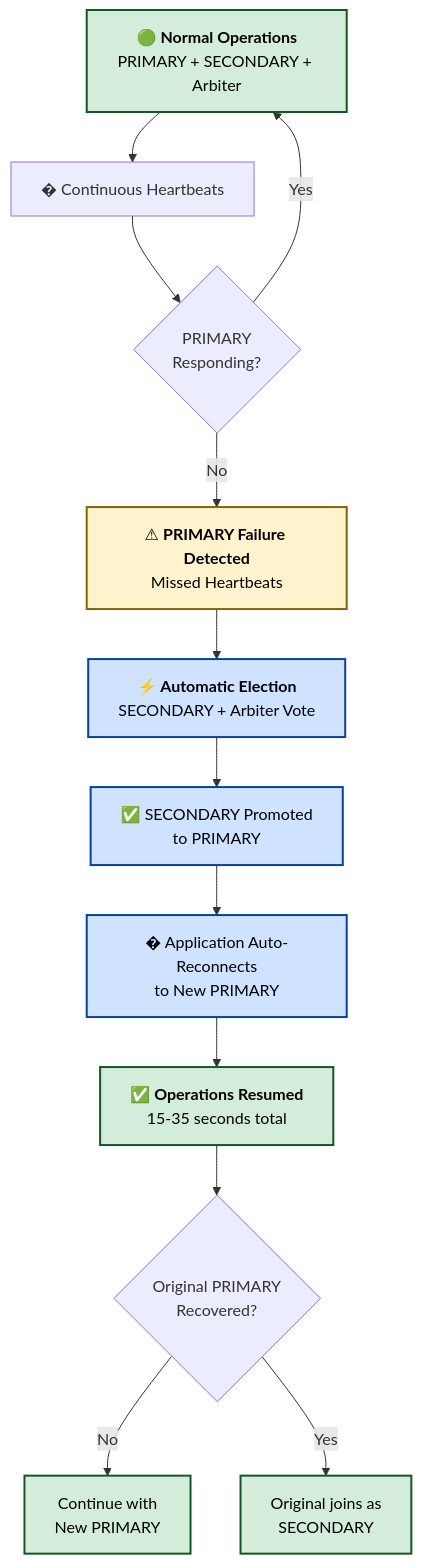
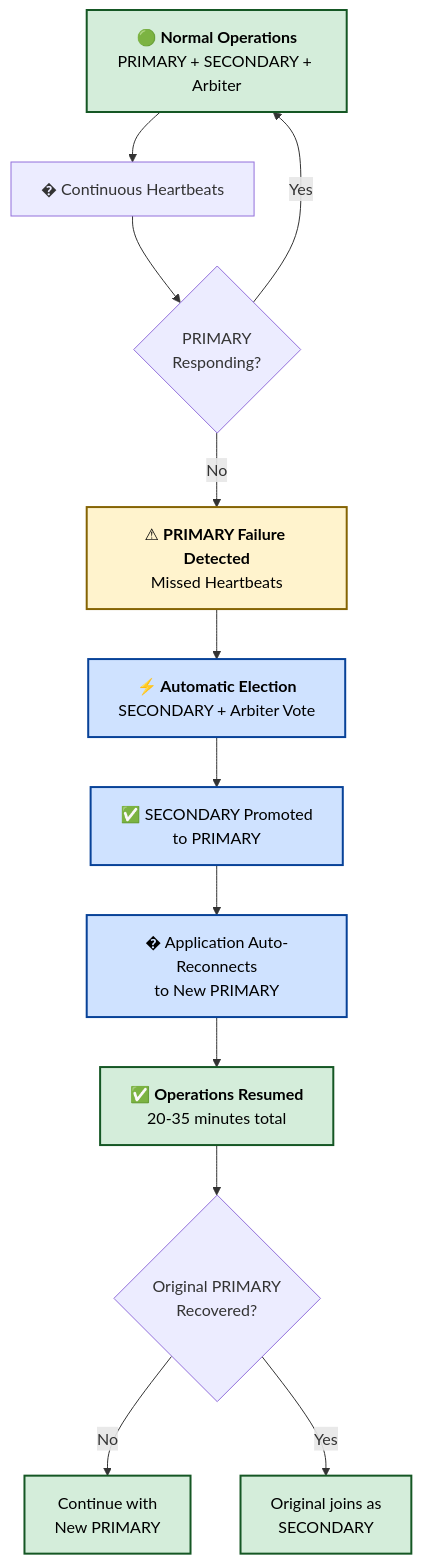
One commit to Karthikhvr/customers-docs changed the sixth of 12 diagrams in HA_DR_Architecture_Documentation_dt2.md. Above: the diagram before and after it, drawn with Mermaid. The commit also changed other lines of this file, not shown here.

Commit message:
Updated Incremental backup interval to 1 hr and secondary fail over to 20-35 minutes instead of seconds

````diff
--- a/HA_DR_Architecture_Documentation_dt2.md
+++ b/HA_DR_Architecture_Documentation_dt2.md
@@ -400,30 +400,30 @@
 ```mermaid
 flowchart TD
     A["🟢 <b>Normal Operations</b><br/>PRIMARY + SECONDARY + Arbiter"] --> B["� Continuous Heartbeats"]
     
     B --> C{"PRIMARY<br/>Responding?"}
     C -->|"Yes"| A
     
     C -->|"No"| D["⚠ <b>PRIMARY Failure Detected</b><br/>Missed Heartbeats"]
     D --> E["<b>⚡ Automatic Election</b><br/>SECONDARY + Arbiter Vote"]
     
     E --> F["✅ SECONDARY Promoted<br/>to PRIMARY"]
     F --> G["� Application Auto-Reconnects<br/>to New PRIMARY"]
     
-    G --> H["✅ <b>Operations Resumed</b><br/>15-35 seconds total"]
+    G --> H["✅ <b>Operations Resumed</b><br/>20-35 minutes total"]
     
     H --> I{"Original PRIMARY<br/>Recovered?"}
     I -->|"No"| J["Continue with<br/>New PRIMARY"]
     I -->|"Yes"| K["Original joins as<br/>SECONDARY"]
     
     classDef normalOps fill:#d4edda,stroke:#155724,stroke-width:2px,color:#000
     classDef warning fill:#fff3cd,stroke:#856404,stroke-width:2px,color:#000
     classDef auto fill:#cfe2ff,stroke:#084298,stroke-width:2px,color:#000
     classDef success fill:#d1e7dd,stroke:#0a3622,stroke-width:2px,color:#000
     
     class A,H,J,K normalOps
     class D warning
     class E,F,G auto
     class V,AC active
     class T,U,AA success
 ```
````
